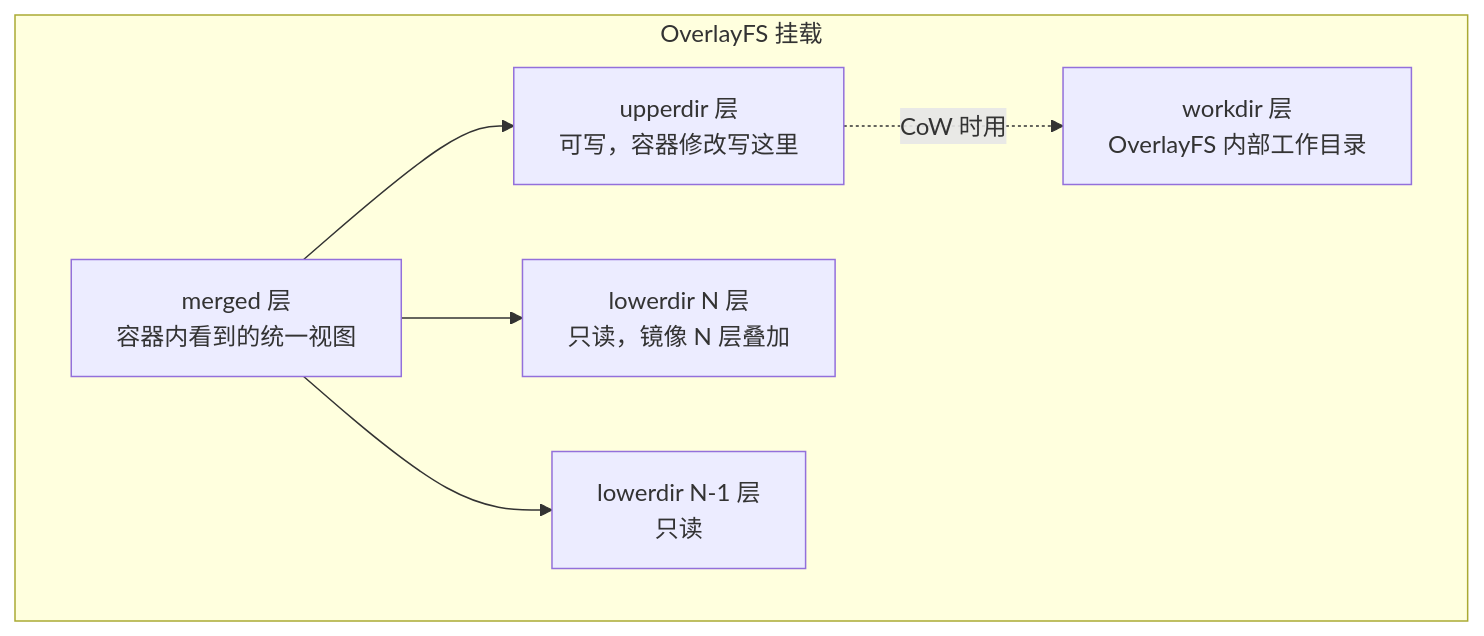
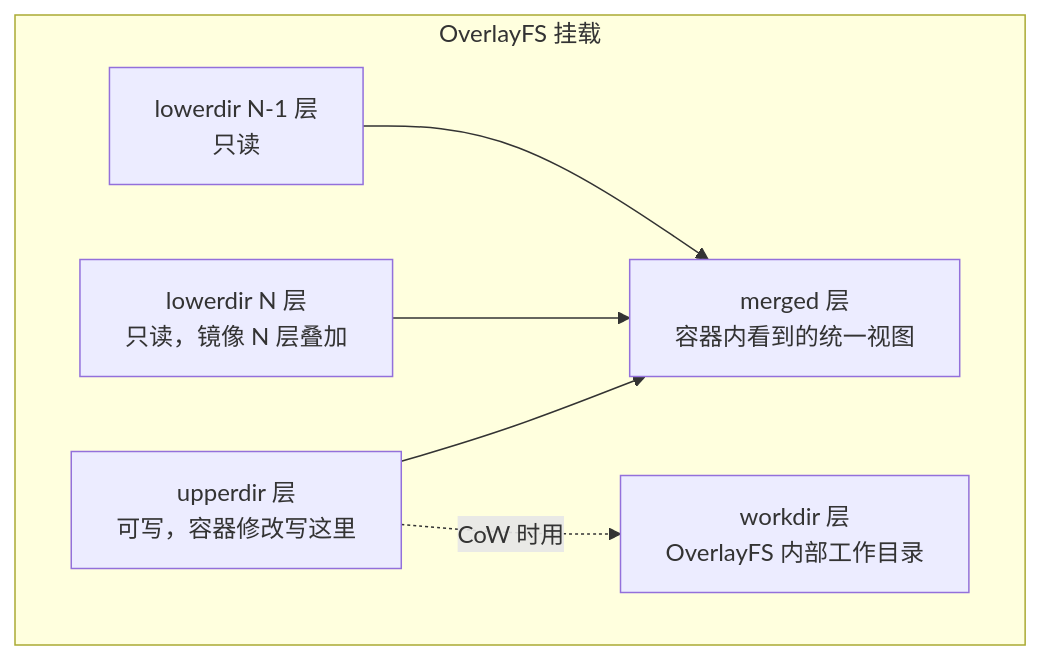
One commit to yintp/glory changed the fourth of 4 diagrams in ops/linux/05-fs/filesystem-and-vfs.md. Above: the diagram before and after it, drawn with Mermaid. The commit also changed other lines of this file, not shown here.

Commit message:
docs(linux): 修复 filesystem-and-vfs.md 三处 reviewer findings（标题 typo / 硬链接限制表述 / OverlayFS 图示箭头）

````diff
--- a/ops/linux/05-fs/filesystem-and-vfs.md
+++ b/ops/linux/05-fs/filesystem-and-vfs.md
@@ -193,14 +193,14 @@
 ```mermaid
 flowchart TD
     subgraph OverlayFS 挂载
         MERGED[merged 层<br/>容器内看到的统一视图]
         UPPER[upperdir 层<br/>可写，容器修改写这里]
         LOWER1[lowerdir N 层<br/>只读，镜像 N 层叠加]
         LOWER2[lowerdir N-1 层<br/>只读]
         WORK[workdir 层<br/>OverlayFS 内部工作目录]
     end
-    MERGED --> UPPER
-    MERGED --> LOWER1
-    MERGED --> LOWER2
+    UPPER --> MERGED
+    LOWER1 --> MERGED
+    LOWER2 --> MERGED
     UPPER -.->|CoW 时用| WORK
 ```
````
